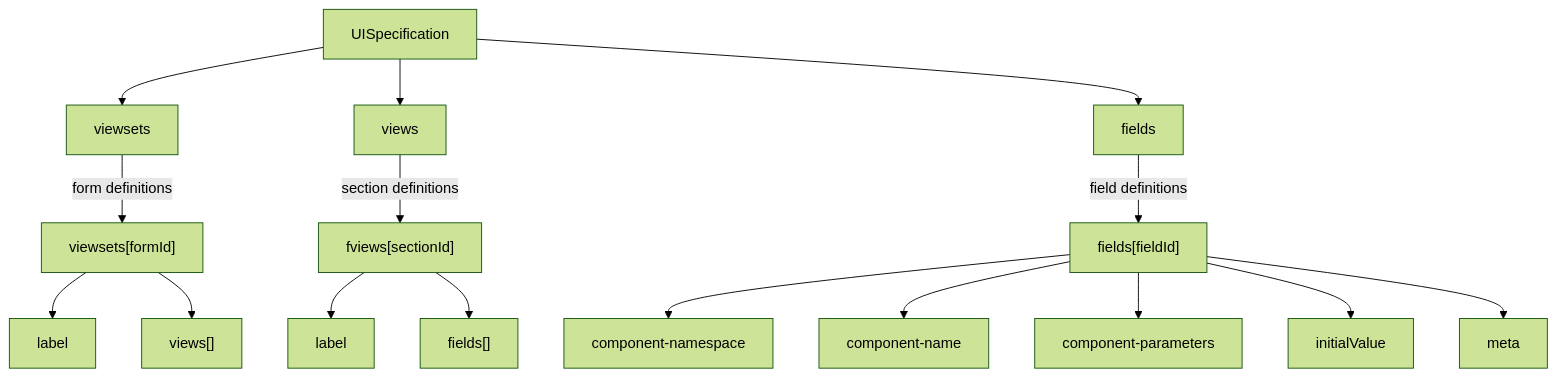
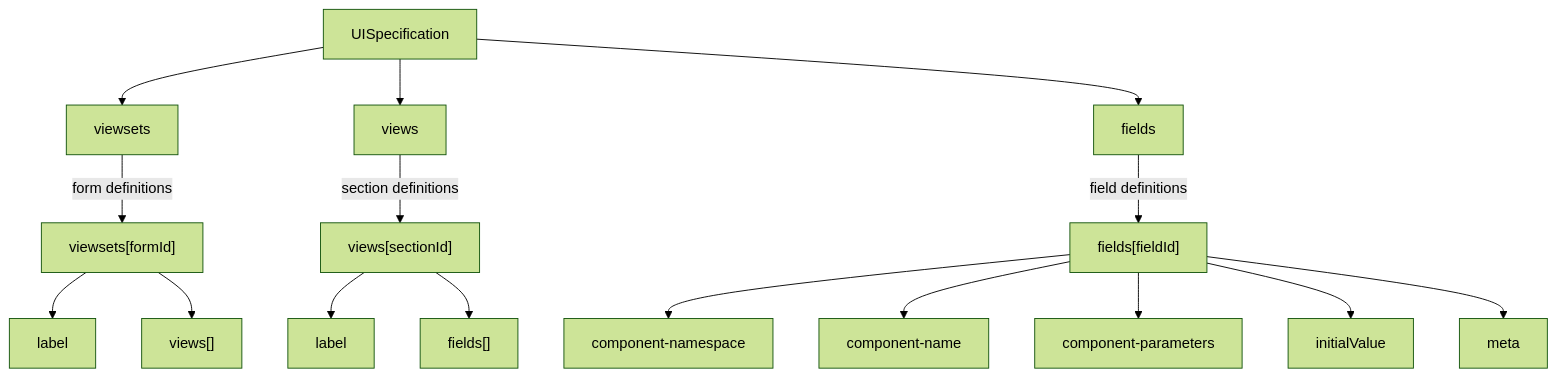
One commit to FAIMS/FAIMS3 changed the second of 2 diagrams in docs/developer/docs/source/markdown/forms/01-overview.md. Above: the diagram before and after it, drawn with Mermaid (forest theme). The commit also changed other lines of this file and 37 other files, not shown here.

````diff
--- a/docs/developer/docs/source/markdown/forms/01-overview.md
+++ b/docs/developer/docs/source/markdown/forms/01-overview.md
@@ -75,21 +75,21 @@
 ```mermaid
 graph TD
     US[UISpecification] --> VS[viewsets]
     US --> V[views]
     US --> FD[fields]
 
     VS -->|form definitions| VSE["viewsets[formId]"]
     VSE --> VSL[label]
     VSE --> VSV["views[]"]
 
-    V -->|section definitions| VE["fviews[sectionId]"]
+    V -->|section definitions| VE["views[sectionId]"]
     VE --> VL[label]
     VE --> VF["fields[]"]
 
     FD -->|field definitions| FDE["fields[fieldId]"]
     FDE --> CN[component-namespace]
     FDE --> CNM[component-name]
     FDE --> CP[component-parameters]
     FDE --> IV[initialValue]
     FDE --> M[meta]
 ```
````
